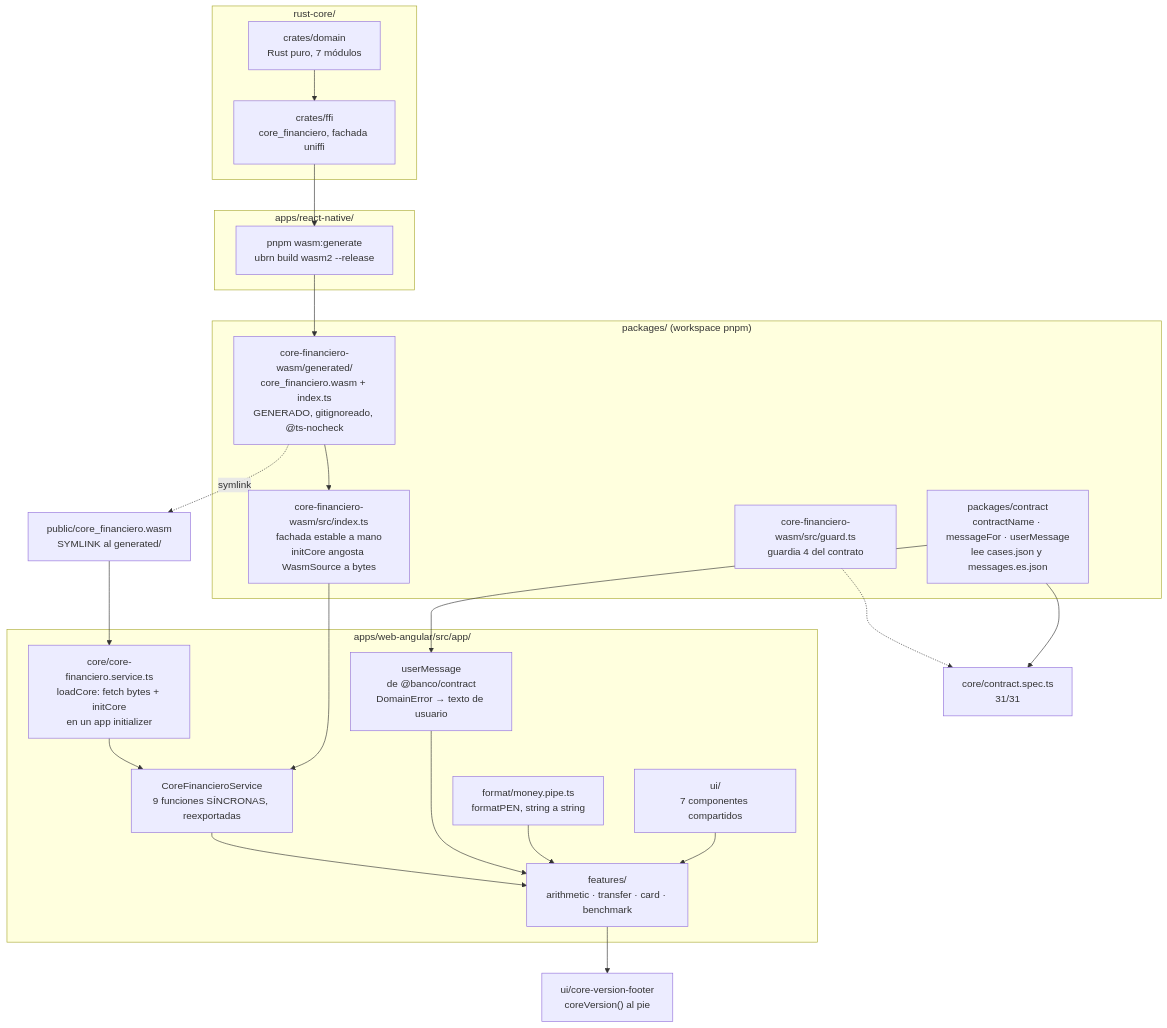
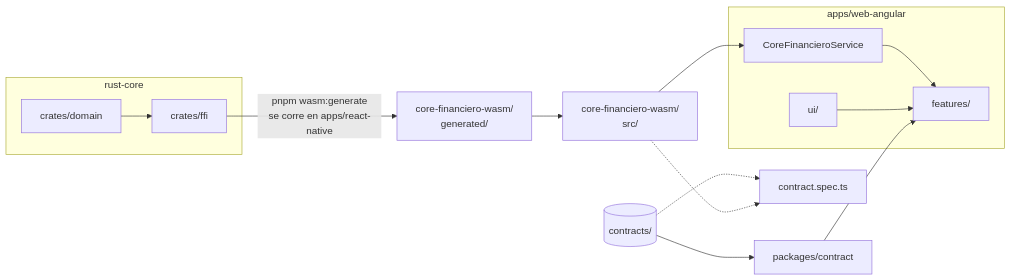
Before and after one commit to tohure/rust-core-cross-app: the diagram in apps/web-angular/README.md, drawn with Mermaid. The commit also changed other lines of this file, not shown here.

First line of the commit message:
docs(web-angular): leyenda, glosario, y la explicación del symlink medida

````diff
--- a/apps/web-angular/README.md
+++ b/apps/web-angular/README.md
@@ -15,43 +15,23 @@
 ```mermaid
-flowchart TD
-    subgraph core["rust-core/"]
-        DOMAIN["crates/domain<br/>Rust puro, 7 módulos"]
-        FFI["crates/ffi<br/>core_financiero, fachada uniffi"]
-        DOMAIN --> FFI
+flowchart LR
+    subgraph core["rust-core"]
+        domain["crates/domain"] --> ffi["crates/ffi"]
     end
 
-    subgraph rn["apps/react-native/"]
-        UBRN["pnpm wasm:generate<br/>ubrn build wasm2 --release"]
+    ffi -->|"pnpm wasm:generate<br/>se corre en apps/react-native"| gen["core-financiero-wasm/<br/>generated/"]
+    gen --> facade["core-financiero-wasm/<br/>src/"]
+
+    subgraph app["apps/web-angular"]
+        svc["CoreFinancieroService"]
+        ui["ui/"]
+        screens["features/"]
+        svc --> screens
+        ui --> screens
     end
 
-    subgraph pkgs["packages/ (workspace pnpm)"]
-        GEN["core-financiero-wasm/generated/<br/>core_financiero.wasm + index.ts<br/>GENERADO, gitignoreado, @ts-nocheck"]
-        FACADE["core-financiero-wasm/src/index.ts<br/>fachada estable a mano<br/>initCore angosta WasmSource a bytes"]
-        GUARD["core-financiero-wasm/src/guard.ts<br/>guardia 4 del contrato"]
-        CONTRACT["packages/contract<br/>contractName · messageFor · userMessage<br/>lee cases.json y messages.es.json"]
-        GEN --> FACADE
-    end
-
-    subgraph app["apps/web-angular/src/app/"]
-        LOAD["core/core-financiero.service.ts<br/>loadCore: fetch bytes + initCore<br/>en un app initializer"]
-        SVC["CoreFinancieroService<br/>9 funciones SÍNCRONAS, reexportadas"]
-        MSG["userMessage<br/>de @banco/contract<br/>DomainError → texto de usuario"]
-        FMT["format/money.pipe.ts<br/>formatPEN, string a string"]
-        UI["ui/<br/>7 componentes compartidos"]
-        SCREENS["features/<br/>arithmetic · transfer · card · benchmark"]
-        LOAD --> SVC --> SCREENS
-        MSG --> SCREENS
-        FMT --> SCREENS
-        UI --> SCREENS
-    end
-
-    WASMFILE["public/core_financiero.wasm<br/>SYMLINK al generated/"]
-
-    FFI --> UBRN --> GEN
-    FACADE --> SVC
-    GUARD -.-> TEST["core/contract.spec.ts<br/>31/31"]
-    CONTRACT --> MSG
-    CONTRACT --> TEST
-    GEN -.symlink.-> WASMFILE --> LOAD
-    SCREENS --> FOOT["ui/core-version-footer<br/>coreVersion() al pie"]
+    facade --> svc
+    contrato[("contracts/")] --> pkg["packages/contract"]
+    pkg --> screens
+    contrato -.-> spec["contract.spec.ts"]
+    facade -.-> spec
 ```
````
